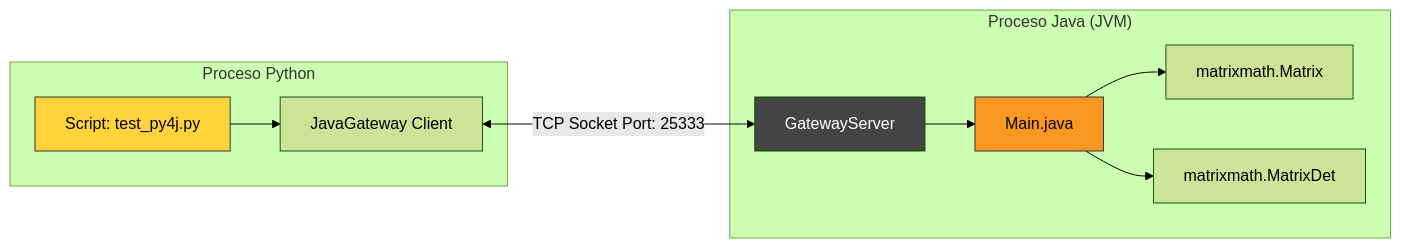
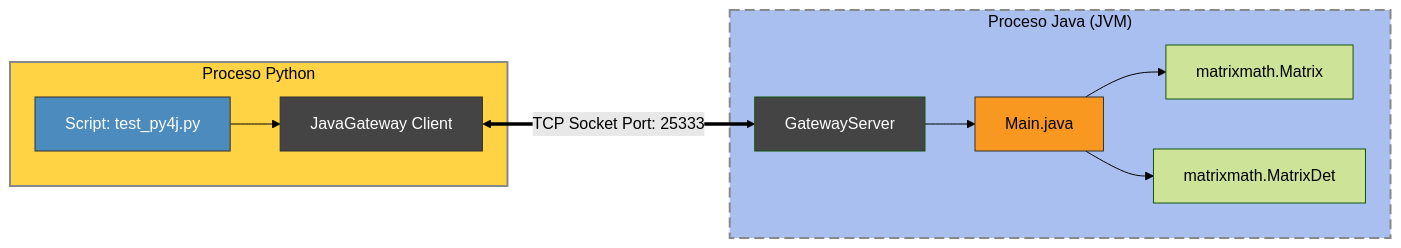
Before and after one commit to EricLuceroGonzalez/java-en-python: the third of 4 diagrams in README.md, drawn with Mermaid (forest theme). The commit also changed other lines of this file and 1 other file, not shown here.

````diff
--- a/README.md
+++ b/README.md
@@ -156,18 +225,21 @@
 ```mermaid
     graph LR
-    subgraph "Proceso Python"
+    subgraph SG1 ["Proceso Python"]
         A[Script: test_py4j.py] --> B[JavaGateway Client]
     end
 
-    B <-->|TCP Socket Port: 25333| C[GatewayServer]
+    B <==>|TCP Socket Port: 25333| C[GatewayServer]
 
-    subgraph "Proceso Java (JVM)"
+    subgraph SG2 ["Proceso Java (JVM)"]
         C --> D[Main.java]
         D --> E[matrixmath.Matrix]
         D --> F[matrixmath.MatrixDet]
     end
 
-    style A fill:#ffd43b,stroke:#333,color:#000
+    style A fill:#4B8BBE,stroke:#333,color:#ffff
+    style B fill:#444,stroke:#333,color:#ffff
     style D fill:#f89820,stroke:#333,color:#000
     style C fill:#444,color:#fff
+    style SG1 fill:#ffd343,stroke:#888,stroke-width:2px,color:#000
+    style SG2 fill:#A9BFEF,stroke:#888,stroke-width:2px,stroke-dasharray: 10 5,color:#000
 ```
````
